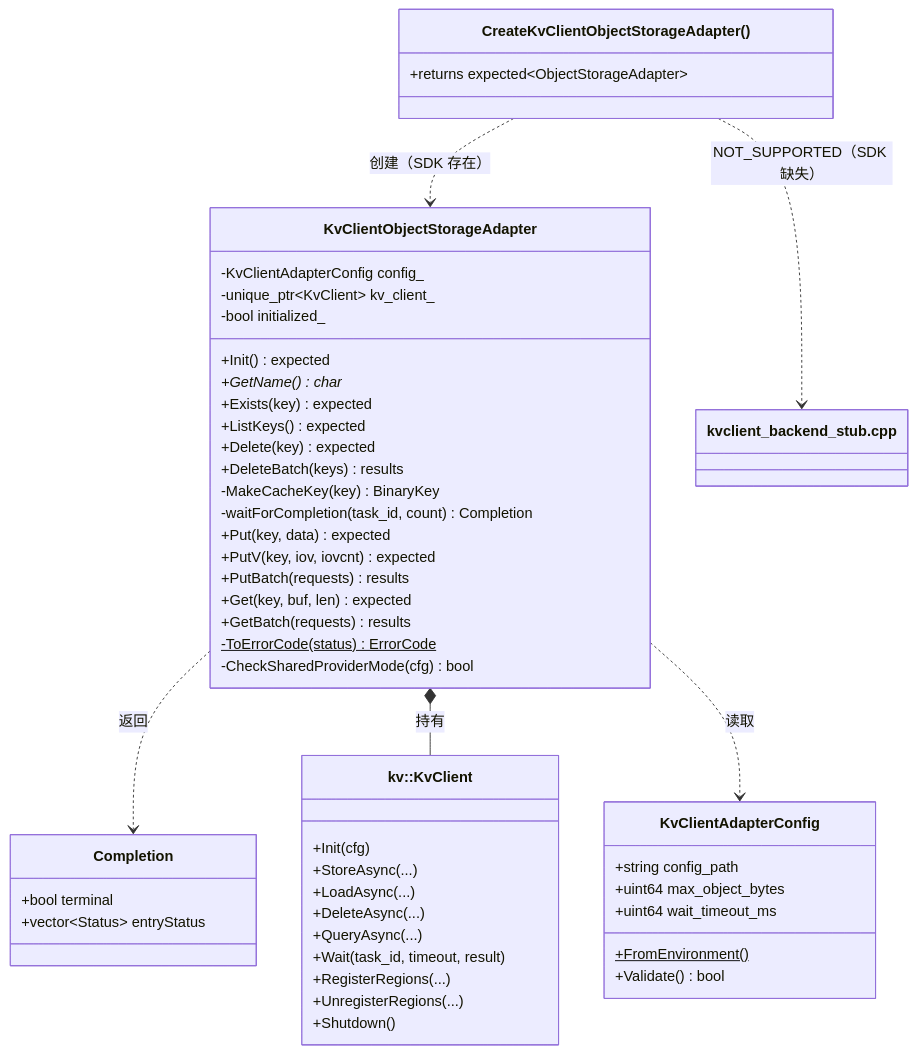
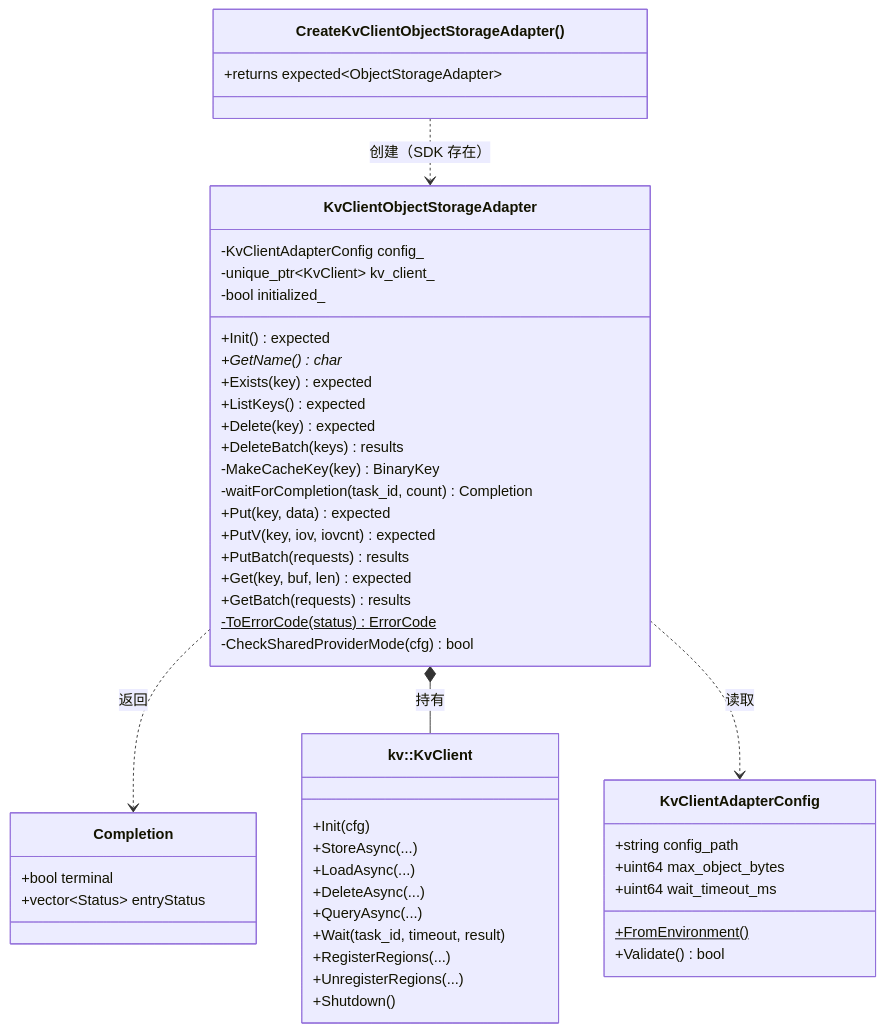
The first of 9 diagrams in Mooncake + KVClient L3 接入（Kvcs）- PR 实施设计.md (zwj20000328-dotcom/Mooncake-documents), drawn with Mermaid before and after one commit. The commit also changed other lines of this file and 1 other file, not shown here.

Commit message:
docs: drop the kvclient backend stub TU in favour of an ifdef factory branch

````diff
--- a/Mooncake + KVClient L3 接入（Kvcs）- PR 实施设计.md
+++ b/Mooncake + KVClient L3 接入（Kvcs）- PR 实施设计.md
@@ -44,63 +43,60 @@
 ```mermaid
 classDiagram
     direction TB
 
     class KvClientAdapterConfig {
         +string config_path
         +uint64 max_object_bytes
         +uint64 wait_timeout_ms
         +FromEnvironment()$
         +Validate() bool
     }
 
     class Completion {
         +bool terminal
         +vector~Status~ entryStatus
     }
 
     class KvClientObjectStorageAdapter {
         -KvClientAdapterConfig config_
         -unique_ptr~KvClient~ kv_client_
         -bool initialized_
         +Init() expected
         +GetName() char*
         +Exists(key) expected
         +ListKeys() expected
         +Delete(key) expected
         +DeleteBatch(keys) results
         -MakeCacheKey(key) BinaryKey
         -waitForCompletion(task_id, count) Completion
         +Put(key, data) expected
         +PutV(key, iov, iovcnt) expected
         +PutBatch(requests) results
         +Get(key, buf, len) expected
         +GetBatch(requests) results
         -ToErrorCode(status) ErrorCode$
         -CheckSharedProviderMode(cfg) bool
     }
 
     KvClientObjectStorageAdapter ..> Completion : 返回
 
     class SdkKvClient["kv::KvClient"] {
         +Init(cfg)
         +StoreAsync(...)
         +LoadAsync(...)
         +DeleteAsync(...)
         +QueryAsync(...)
         +Wait(task_id, timeout, result)
         +RegisterRegions(...)
         +UnregisterRegions(...)
         +Shutdown()
     }
 
     class Factory["CreateKvClientObjectStorageAdapter()"] {
         +returns expected~ObjectStorageAdapter~
     }
 
-    class Stub["kvclient_backend_stub.cpp"]
-
     KvClientObjectStorageAdapter *-- SdkKvClient : 持有
     KvClientObjectStorageAdapter ..> KvClientAdapterConfig : 读取
     Factory ..> KvClientObjectStorageAdapter : 创建（SDK 存在）
-    Factory ..> Stub : NOT_SUPPORTED（SDK 缺失）
 ```
````
